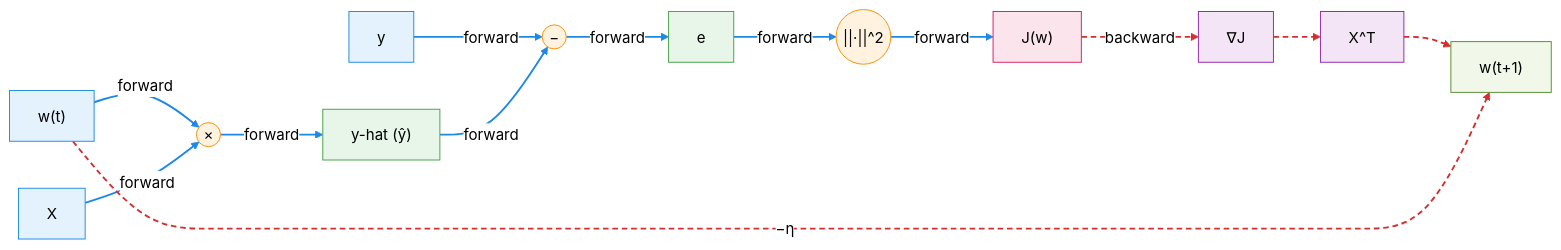
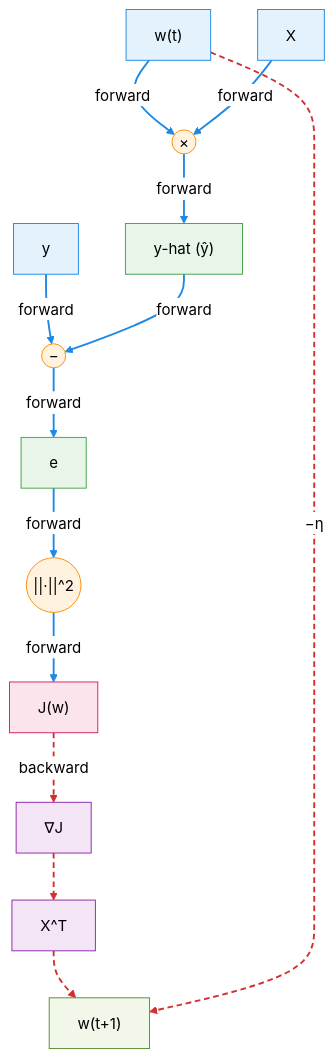
One commit to arshadhs/arshadhs.github.io changed the third of 3 diagrams in content/docs/ai/deep-learning/linear-neural-networks-for-regression.md. Above: the diagram before and after it, drawn with Mermaid (neutral theme).

```diff
--- a/content/docs/ai/deep-learning/linear-neural-networks-for-regression.md
+++ b/content/docs/ai/deep-learning/linear-neural-networks-for-regression.md
@@ -211,55 +211,55 @@
 {{< mermaid >}}
-flowchart LR
+flowchart TD
 
   %% Nodes
   Wt["w(t)"] -->|forward| MUL(("×"))
   X["X"] -->|forward| MUL
   MUL -->|forward| YH["y-hat (ŷ)"]
 
   Y["y"] -->|forward| MINUS(("−"))
   YH -->|forward| MINUS
   MINUS -->|forward| E["e"]
 
   E -->|forward| NORM(("||·||^2"))
   NORM -->|forward| J["J(w)"]
 
   %% Backward / gradient flow
   J -.->|backward| dJ["∇J"]
   dJ -.-> XT["X^T"]
   XT -.-> Wt1["w(t+1)"]
 
   %% Learning rate annotation path
   Wt -.->|−η| Wt1
 
   %% Pastel colour scheme (nodes)
   style Wt fill:#E3F2FD,stroke:#1E88E5,stroke-width:1px
   style X fill:#E3F2FD,stroke:#1E88E5,stroke-width:1px
   style Y fill:#E3F2FD,stroke:#1E88E5,stroke-width:1px
 
   style MUL fill:#FFF3E0,stroke:#FB8C00,stroke-width:1px
   style MINUS fill:#FFF3E0,stroke:#FB8C00,stroke-width:1px
   style NORM fill:#FFF3E0,stroke:#FB8C00,stroke-width:1px
 
   style YH fill:#E8F5E9,stroke:#43A047,stroke-width:1px
   style E fill:#E8F5E9,stroke:#43A047,stroke-width:1px
   style J fill:#FCE4EC,stroke:#D81B60,stroke-width:1px
 
   style dJ fill:#F3E5F5,stroke:#8E24AA,stroke-width:1px
   style XT fill:#F3E5F5,stroke:#8E24AA,stroke-width:1px
   style Wt1 fill:#F1F8E9,stroke:#558B2F,stroke-width:1px
 
   %% Link colours
   linkStyle 0 stroke:#1E88E5,stroke-width:2px
   linkStyle 1 stroke:#1E88E5,stroke-width:2px
   linkStyle 2 stroke:#1E88E5,stroke-width:2px
   linkStyle 3 stroke:#1E88E5,stroke-width:2px
   linkStyle 4 stroke:#1E88E5,stroke-width:2px
   linkStyle 5 stroke:#1E88E5,stroke-width:2px
   linkStyle 6 stroke:#1E88E5,stroke-width:2px
   linkStyle 7 stroke:#1E88E5,stroke-width:2px
 
   linkStyle 8 stroke:#D32F2F,stroke-width:2px,stroke-dasharray:6 4
   linkStyle 9 stroke:#D32F2F,stroke-width:2px,stroke-dasharray:6 4
   linkStyle 10 stroke:#D32F2F,stroke-width:2px,stroke-dasharray:6 4
   linkStyle 11 stroke:#D32F2F,stroke-width:2px,stroke-dasharray:6 4
 {{< /mermaid >}}
```
